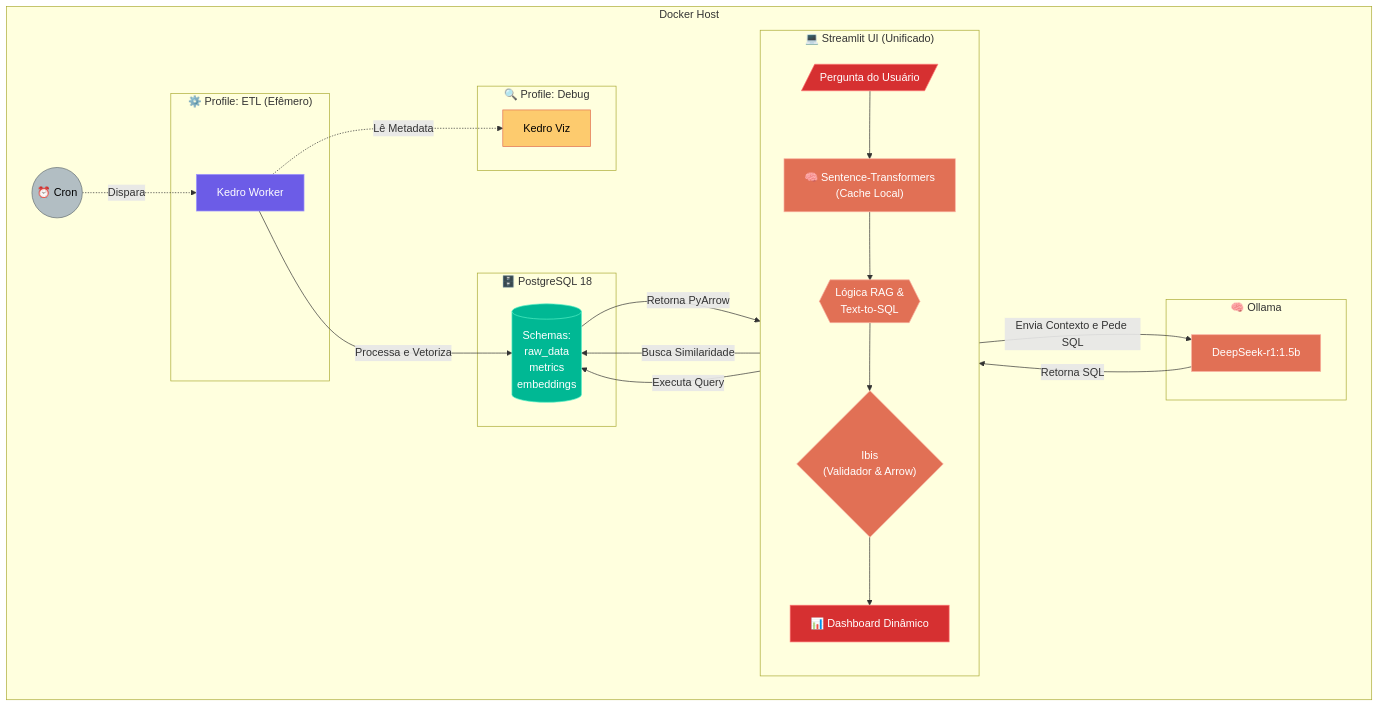
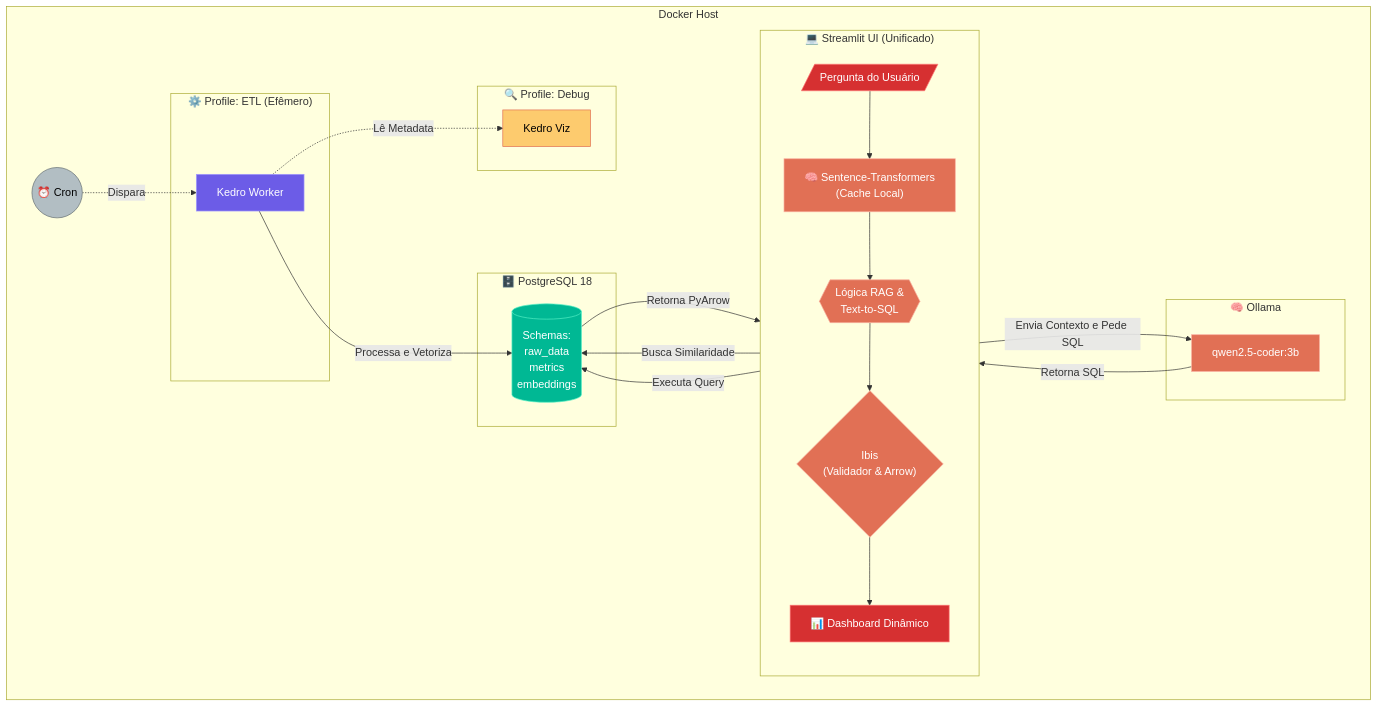
The first of 2 diagrams in README.md (Rafael-soares-oliveira/ecommerce_mlops_genai_pipeline), drawn with Mermaid before and after one commit. The commit also changed other lines of this file and 57 other files, not shown here.

````diff
--- a/README.md
+++ b/README.md
@@ -31,58 +31,58 @@
 ```mermaid
 graph LR
     %% Estilização
     classDef infra fill:#2d3436,stroke:#dfe6e9,color:#fff
     classDef kedro fill:#6c5ce7,stroke:#a29bfe,color:#fff
     classDef db fill:#00b894,stroke:#55efc4,color:#fff
     classDef rag fill:#e17055,stroke:#fab1a0,color:#fff
     classDef ui fill:#d63031,stroke:#ff7675,color:#fff
     classDef viz fill:#fdcb6e,stroke:#e17055,color:#000
     classDef cron fill:#b2bec3,stroke:#636e72,color:#000
 
     subgraph Docker_Host ["Docker Host"]
         direction LR
         
         CRON(("⏰ Cron")):::cron
 
         subgraph UI_Container ["💻 Streamlit UI (Unificado)"]
             direction TB
             INPUT[/Pergunta do Usuário/]:::ui
             S_TRANS["🧠 Sentence-Transformers<br/>(Cache Local)"]:::rag
             ROUTER{{"Lógica RAG &<br/>Text-to-SQL"}}:::rag
             IBIS{"Ibis<br/>(Validador & Arrow)"}:::rag
             DASH["📊 Dashboard Dinâmico"]:::ui
         end
 
         subgraph RAG_Engine ["🧠 Ollama"]
-            LLM["DeepSeek-r1:1.5b"]:::rag
+            LLM["qwen2.5-coder:3b"]:::rag
         end
 
         subgraph Postgres_Container ["🗄️ PostgreSQL 18"]
             PG_ALL[("Schemas:<br/>raw_data<br/>metrics<br/>embeddings")]:::db
         end
 
         subgraph Kedro_Group ["⚙️ Profile: ETL (Efêmero)"]
             K_WORKER["Kedro Worker"]:::kedro
         end
 
         subgraph Kedro_Viz ["🔍 Profile: Debug"]
             K_VIZ["Kedro Viz"]:::viz
         end
     end
 
     %% Fluxos ETL (Batch)
     CRON -. "Dispara" .-> K_WORKER
     K_WORKER -- "Processa e Vetoriza" --> PG_ALL
     K_WORKER -. "Lê Metadata" .-> K_VIZ
 
     %% Fluxos RAG & UI (Real-time)
     INPUT --> S_TRANS
     S_TRANS -- "Busca Similaridade" --> PG_ALL
     S_TRANS --> ROUTER
     ROUTER -- "Envia Contexto e Pede SQL" --> LLM
     LLM -- "Retorna SQL" --> ROUTER
     ROUTER --> IBIS
     IBIS -- "Executa Query" --> PG_ALL
     PG_ALL -- "Retorna PyArrow" --> IBIS
     IBIS --> DASH
 ```
````
